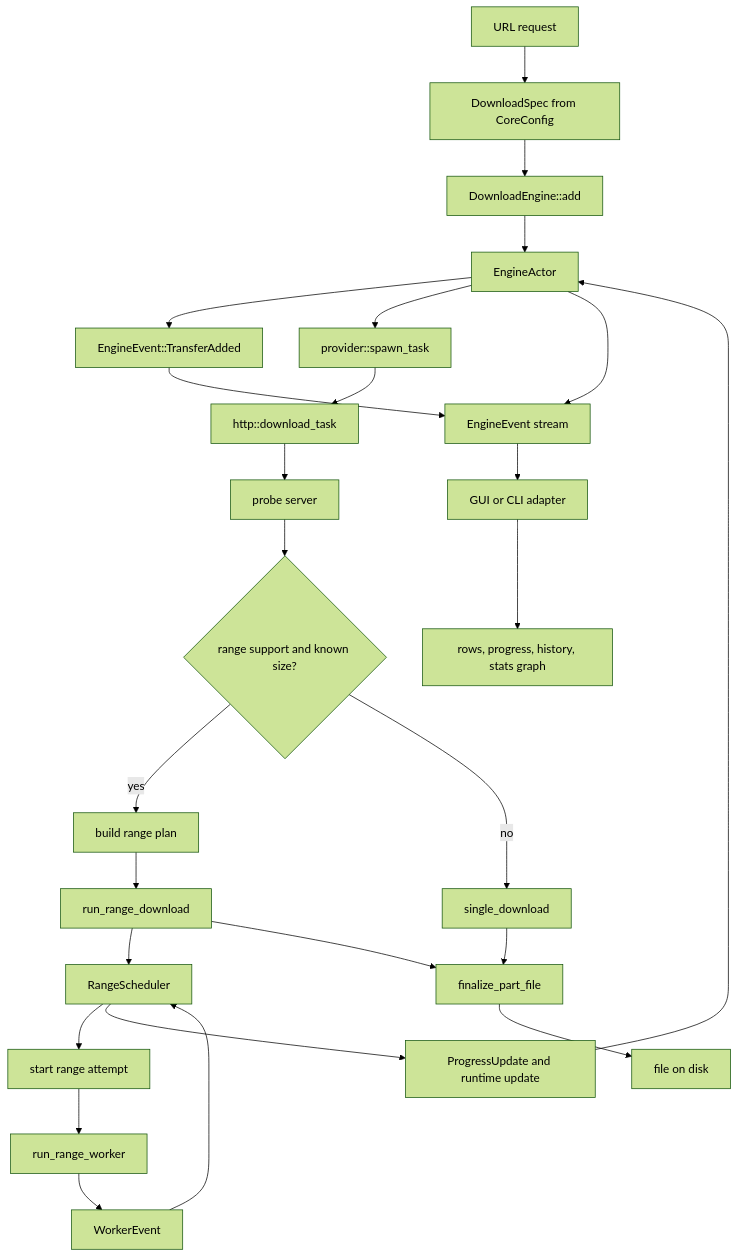
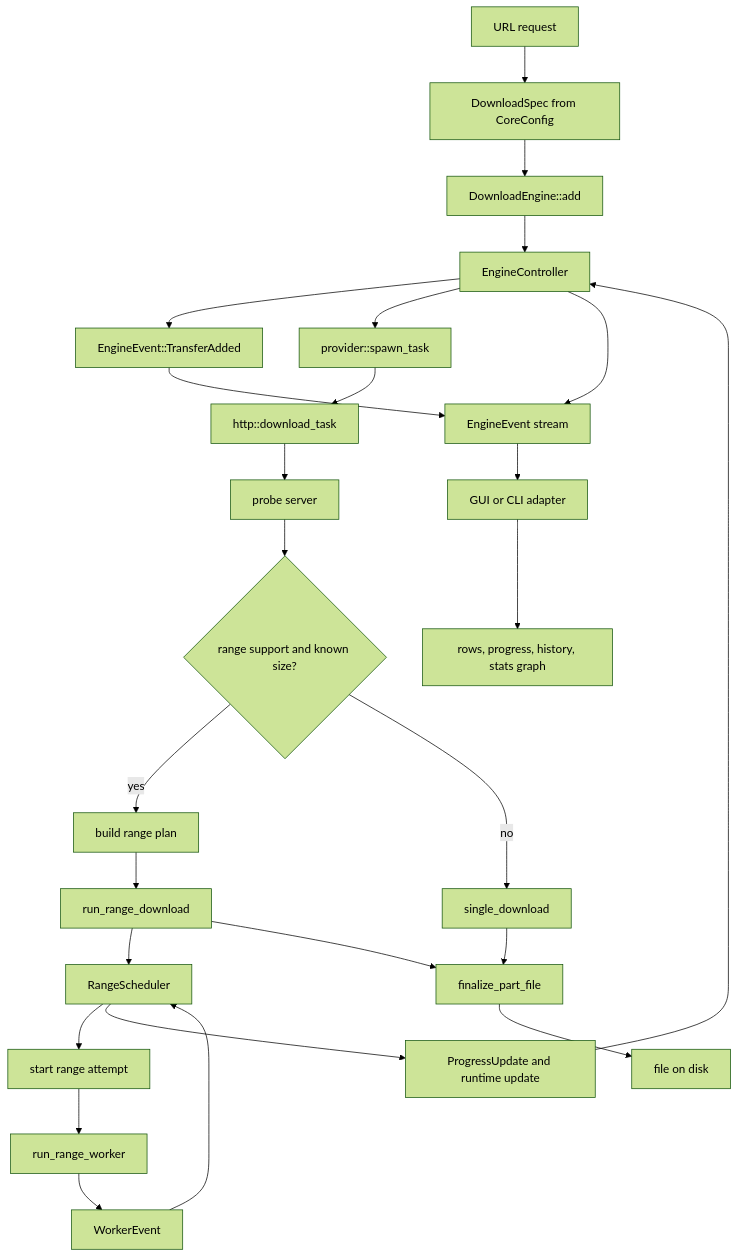
One commit to ophelianz/ophelia changed the third of 9 diagrams in docs/core-diagrams.md. Above: the diagram before and after it, drawn with Mermaid (forest theme). The commit also changed other lines of this file and 11 other files, not shown here.

````diff
--- a/docs/core-diagrams.md
+++ b/docs/core-diagrams.md
@@ -38,28 +38,28 @@
 ```mermaid
 flowchart TD
   Url["URL request"] --> Spec["DownloadSpec from CoreConfig"]
   Spec --> EngineAdd["DownloadEngine::add"]
-  EngineAdd --> Actor["EngineActor"]
-  Actor --> Seed["EngineEvent::TransferAdded"]
-  Actor --> Provider["provider::spawn_task"]
+  EngineAdd --> Controller["EngineController"]
+  Controller --> Seed["EngineEvent::TransferAdded"]
+  Controller --> Provider["provider::spawn_task"]
   Provider --> Task["http::download_task"]
   Task --> Probe["probe server"]
   Probe --> RangeQuestion{"range support and known size?"}
   RangeQuestion -->|"yes"| Plan["build range plan"]
   RangeQuestion -->|"no"| Single["single_download"]
   Plan --> Runner["run_range_download"]
   Runner --> Scheduler["RangeScheduler"]
   Scheduler --> Attempt["start range attempt"]
   Attempt --> Worker["run_range_worker"]
   Worker --> Event["WorkerEvent"]
   Event --> Scheduler
   Scheduler --> Progress["ProgressUpdate and runtime update"]
-  Progress --> Actor
-  Actor --> Events["EngineEvent stream"]
+  Progress --> Controller
+  Controller --> Events["EngineEvent stream"]
   Seed --> Events
   Events --> Frontend["GUI or CLI adapter"]
   Frontend --> Rows["rows, progress, history, stats graph"]
   Runner --> Finalize["finalize_part_file"]
   Single --> Finalize
   Finalize --> Disk["file on disk"]
 ```
````
